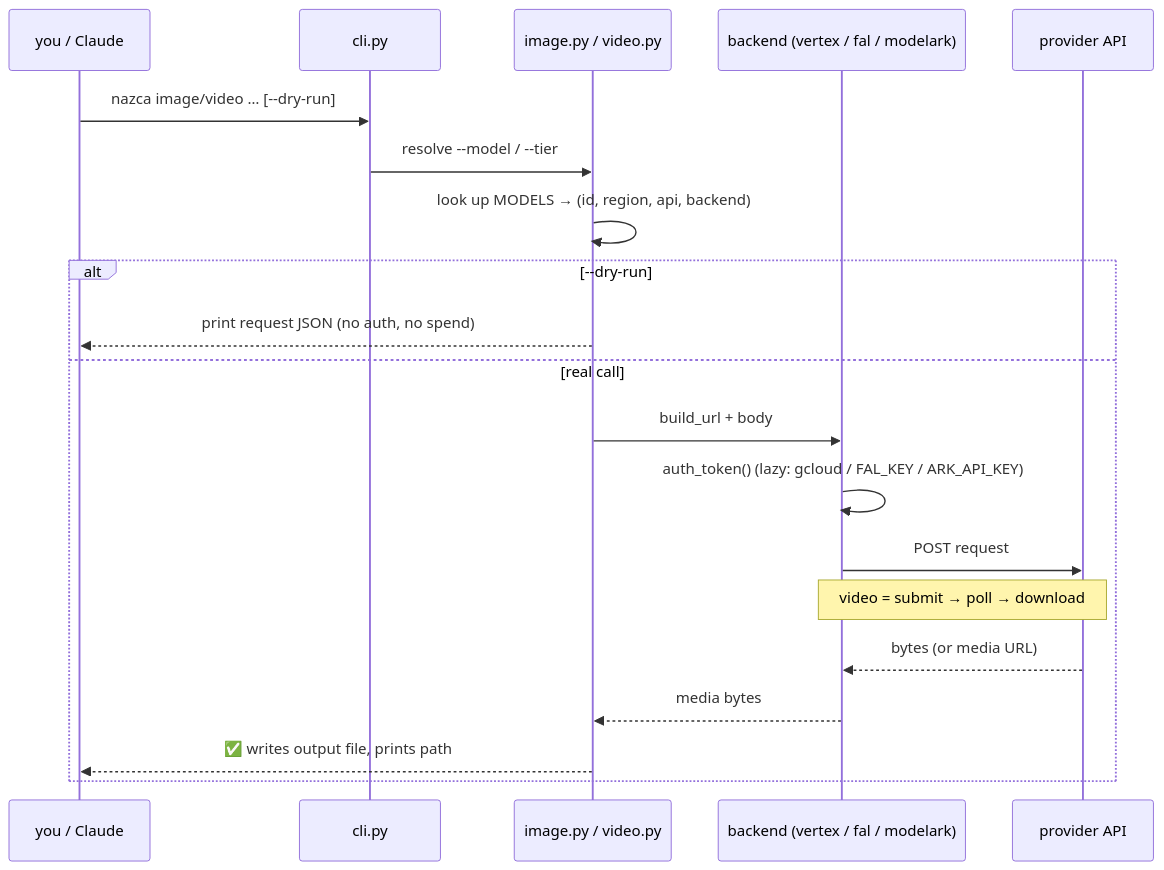
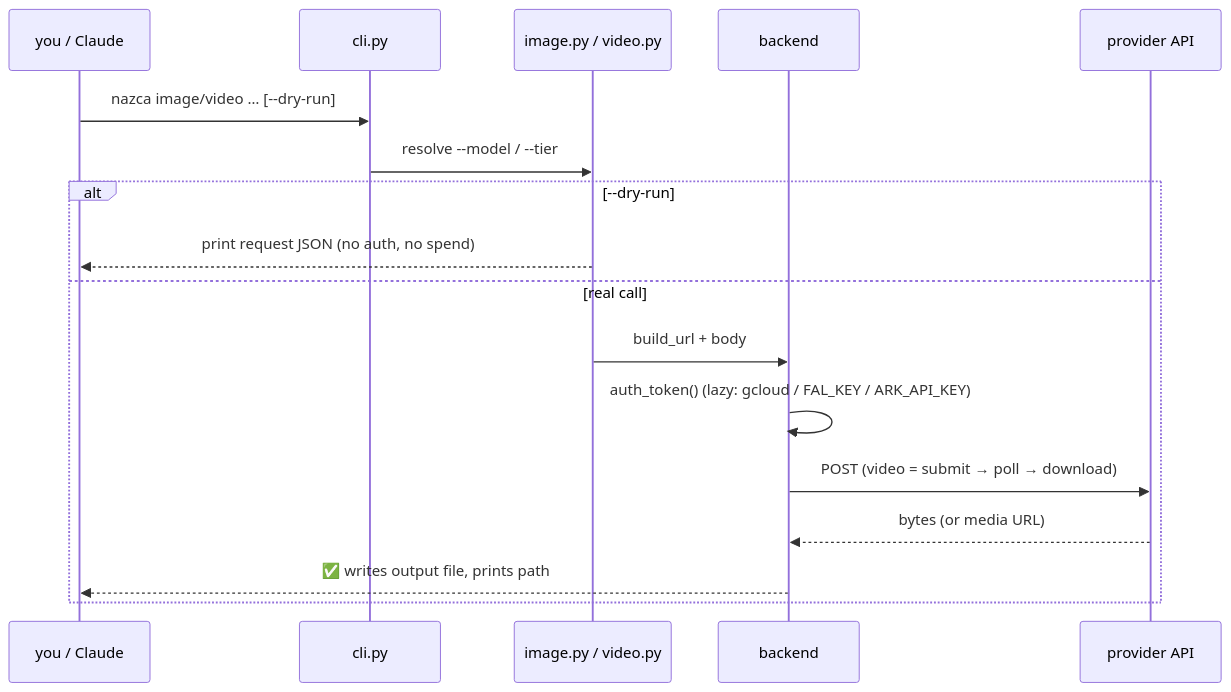
One commit to Mysios-Labs-inc/nazca changed the third of 3 diagrams in README.md. Above: the diagram before and after it, drawn with Mermaid. The commit also changed other lines of this file, not shown here.

````diff
--- a/README.md
+++ b/README.md
@@ -498,23 +352,19 @@
 ```mermaid
 sequenceDiagram
     participant U as you / Claude
     participant C as cli.py
     participant D as image.py / video.py
-    participant B as backend (vertex / fal / modelark)
+    participant B as backend
     participant P as provider API
-
     U->>C: nazca image/video … [--dry-run]
     C->>D: resolve --model / --tier
-    D->>D: look up MODELS → (id, region, api, backend)
     alt --dry-run
         D-->>U: print request JSON (no auth, no spend)
     else real call
         D->>B: build_url + body
         B->>B: auth_token()  (lazy: gcloud / FAL_KEY / ARK_API_KEY)
-        B->>P: POST request
-        Note over B,P: video = submit → poll → download
+        B->>P: POST  (video = submit → poll → download)
         P-->>B: bytes (or media URL)
-        B-->>D: media bytes
-        D-->>U: ✅ writes output file, prints path
+        B-->>U: ✅ writes output file, prints path
     end
 ```
````
